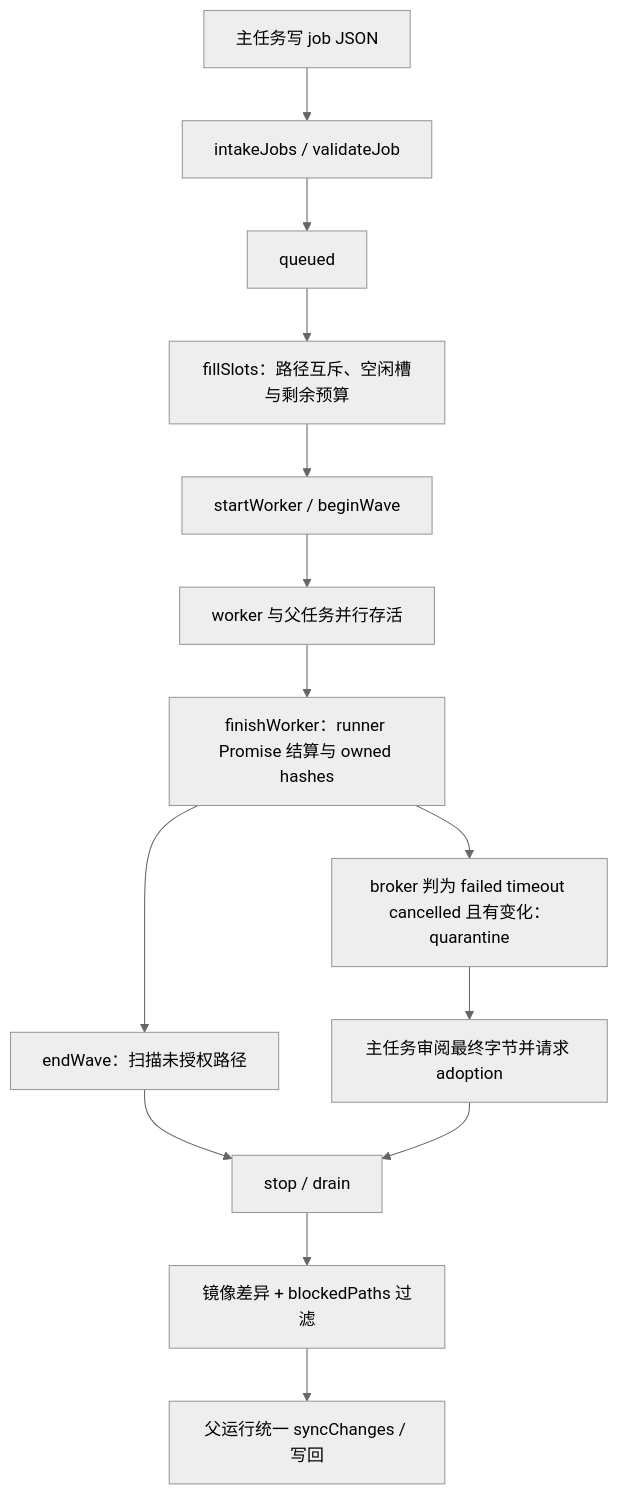
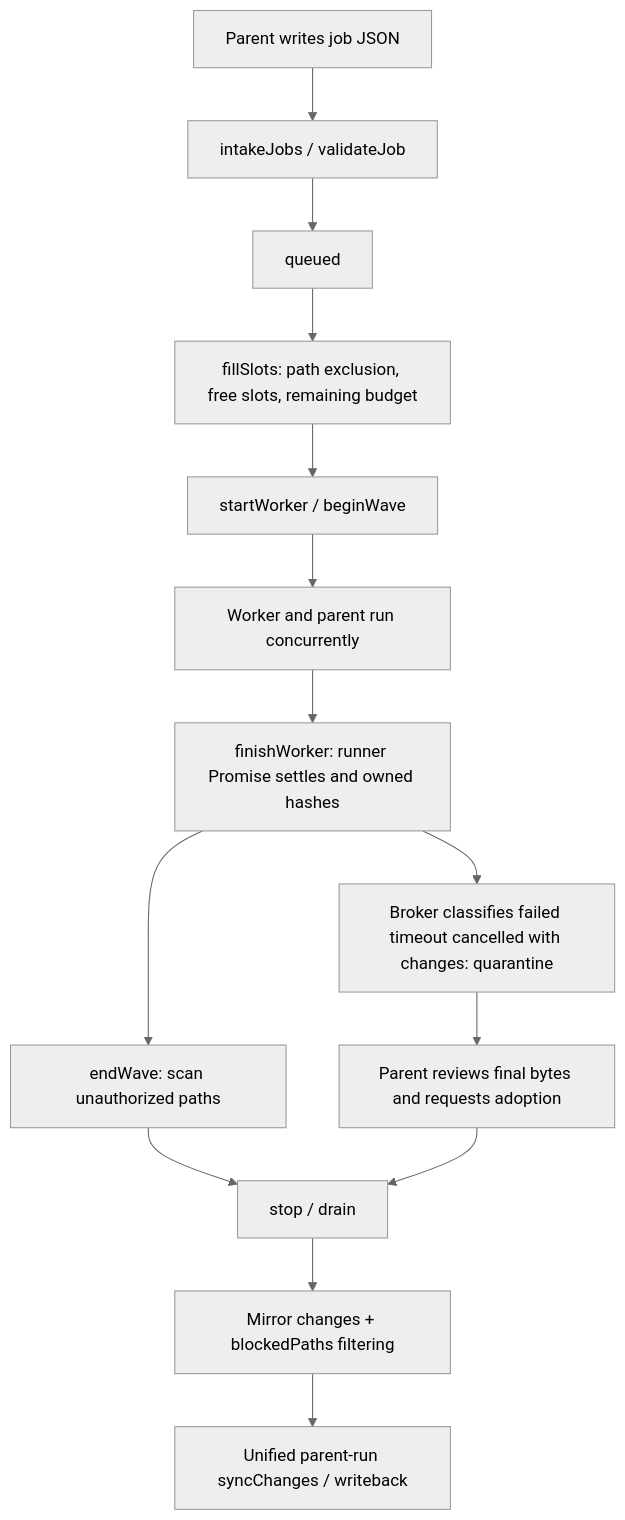
The diagram in docs/architecture/parallel-subagents.md (Ghqqqq/codex-overleaf-link), drawn with Mermaid (neutral theme) before and after one commit. The commit also changed other lines of this file and 14 other files, not shown here.

Commit message:
docs: translate architecture guide to English and correct navigation

````diff
--- a/docs/architecture/parallel-subagents.md
+++ b/docs/architecture/parallel-subagents.md
@@ -111,16 +111,16 @@
 ```mermaid
 flowchart TD
-    A[主任务写 job JSON] --> B[intakeJobs / validateJob]
+    A[Parent writes job JSON] --> B[intakeJobs / validateJob]
     B --> C[queued]
-    C --> D[fillSlots：路径互斥、空闲槽与剩余预算]
+    C --> D[fillSlots: path exclusion, free slots, remaining budget]
     D --> E[startWorker / beginWave]
-    E --> F[worker 与父任务并行存活]
-    F --> G[finishWorker：runner Promise 结算与 owned hashes]
-    G --> H[endWave：扫描未授权路径]
-    G --> I[broker 判为 failed timeout cancelled 且有变化：quarantine]
-    I --> J[主任务审阅最终字节并请求 adoption]
+    E --> F[Worker and parent run concurrently]
+    F --> G[finishWorker: runner Promise settles and owned hashes]
+    G --> H[endWave: scan unauthorized paths]
+    G --> I[Broker classifies failed timeout cancelled with changes: quarantine]
+    I --> J[Parent reviews final bytes and requests adoption]
     H --> K[stop / drain]
     J --> K
-    K --> L[镜像差异 + blockedPaths 过滤]
-    L --> M[父运行统一 syncChanges / 写回]
+    K --> L[Mirror changes + blockedPaths filtering]
+    L --> M[Unified parent-run syncChanges / writeback]
 ```
````
